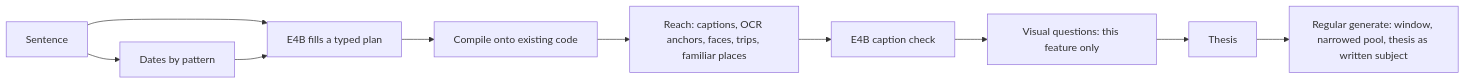
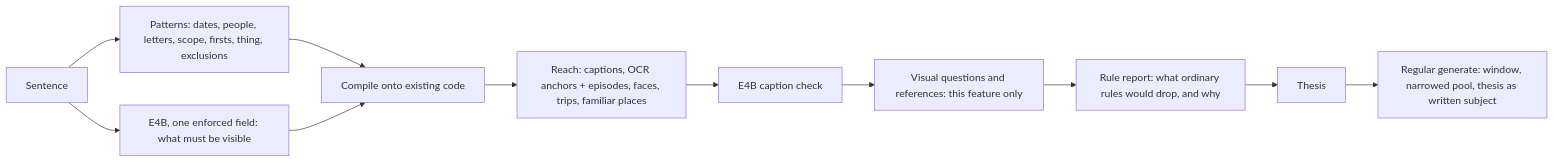
The diagram in docs/designs/free-text-memories.md (sam-dumont/immich-memories), drawn with Mermaid before and after one commit. The commit also changed other lines of this file and 1 other file, not shown here.

First line of the commit message:
docs(experiment): bring the free-text plan up to date

````diff
--- a/docs/designs/free-text-memories.md
+++ b/docs/designs/free-text-memories.md
@@ -59,12 +76,13 @@
 ```mermaid
 flowchart LR
-  S[Sentence] --> D[Dates by pattern]
-  S --> P[E4B fills a typed plan]
-  D --> P
+  S[Sentence] --> P[Patterns: dates, people, letters, scope, firsts, thing, exclusions]
+  S --> M[E4B, one enforced field: what must be visible]
   P --> C[Compile onto existing code]
-  C --> R[Reach: captions, OCR anchors, faces, trips, familiar places]
+  M --> C
+  C --> R[Reach: captions, OCR anchors + episodes, faces, trips, familiar places]
   R --> J[E4B caption check]
-  J --> V[Visual questions: this feature only]
-  V --> T[Thesis]
+  J --> V[Visual questions and references: this feature only]
+  V --> B[Rule report: what ordinary rules would drop, and why]
+  B --> T[Thesis]
   T --> G[Regular generate: window, narrowed pool, thesis as written subject]
 ```
````
